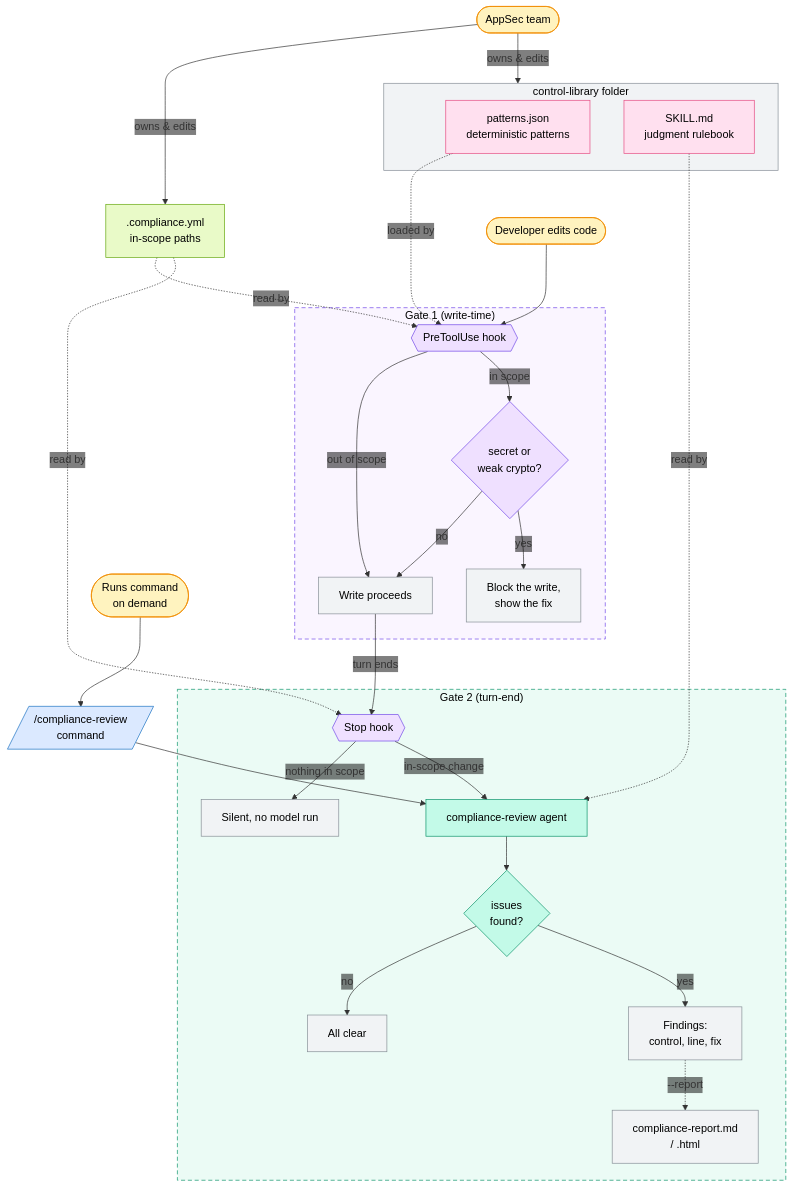
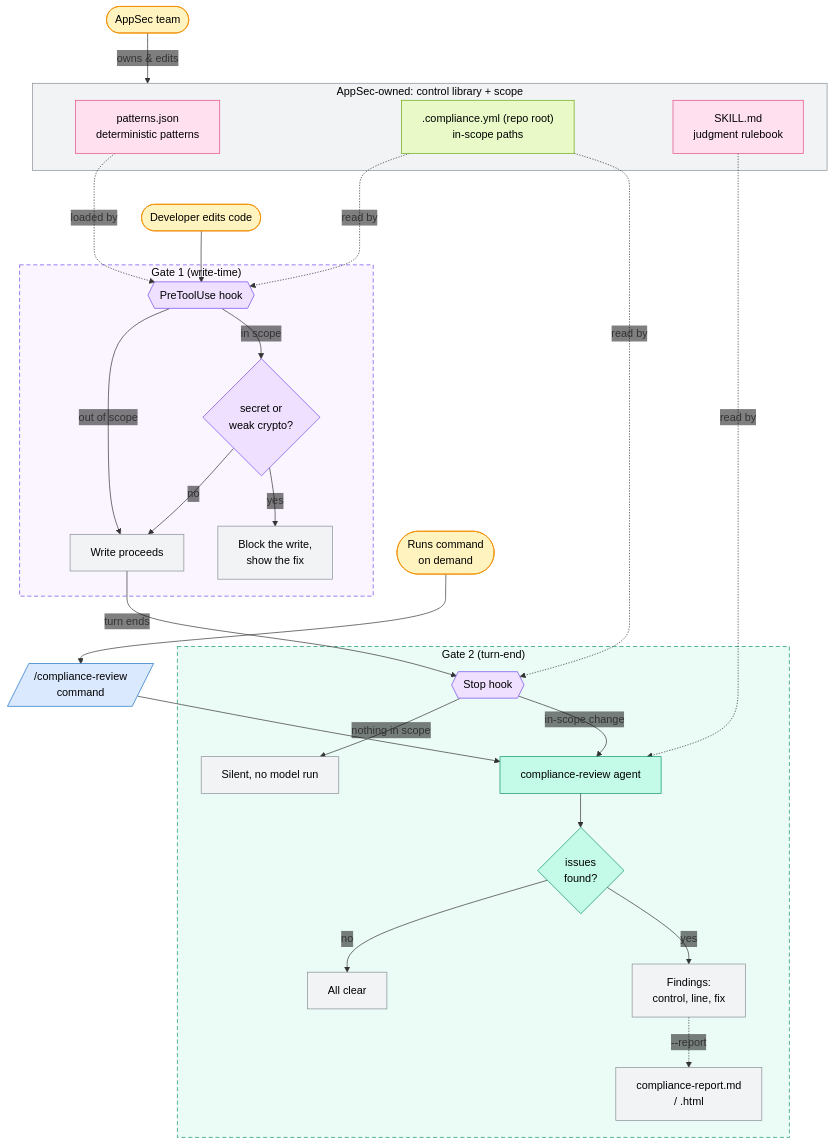
One commit to Juantomasgomez7/compliance-support changed the second of 2 diagrams in README.md. Above: the diagram before and after it, drawn with Mermaid.

Commit message:
docs: group the scope file inside the AppSec-owned box in the diagram
Placing .compliance.yml as a free-floating node with its own owns-and-
edits arrow tangled the layout. The subgraph is now an ownership
grouping ('AppSec-owned: control library + scope') holding all three
artifacts, with the scope node labeled '(repo root)' so the location
stays accurate. One arrow from AppSec, same layout as before.

````diff
--- a/README.md
+++ b/README.md
@@ -74,66 +74,66 @@
 ```mermaid
 %%{init: {'themeVariables': {'edgeLabelBackground': 'transparent'}}}%%
 flowchart TD
     classDef human fill:#fff3bf,stroke:#f08c00,color:#000000
     classDef hook fill:#efe0ff,stroke:#7048e8,color:#000000
     classDef agent fill:#c3fae8,stroke:#099268,color:#000000
     classDef skill fill:#ffe0ef,stroke:#e64980,color:#000000
     classDef command fill:#dbe9ff,stroke:#1971c2,color:#000000
     classDef state fill:#f1f3f5,stroke:#868e96,color:#000000
     classDef config fill:#e9fac8,stroke:#66a80f,color:#000000
 
     APPSEC(["AppSec team"]) -->|"owns & edits"| CL
-    APPSEC -->|"owns & edits"| SCOPE[".compliance.yml<br/>in-scope paths"]
-    subgraph CL["control-library folder"]
+    subgraph CL["AppSec-owned: control library + scope"]
         PATT["patterns.json<br/>deterministic patterns"]
+        SCOPE[".compliance.yml (repo root)<br/>in-scope paths"]
         SKILLMD["SKILL.md<br/>judgment rulebook"]
     end
     CL ~~~ DEV([Developer edits code])
 
     subgraph G1["Gate 1 (write-time)"]
         H1{{"PreToolUse hook"}}
         VIOL{"secret or<br/>weak crypto?"}
         SAVE["Write proceeds"]
         BLOCK["Block the write,<br/>show the fix"]
     end
 
     subgraph G2["Gate 2 (turn-end)"]
         H2{{"Stop hook"}}
         SILENT["Silent, no model run"]
         AGENT["compliance-review agent"]
         REVIEW{"issues<br/>found?"}
         CLEAN["All clear"]
         OUT["Findings:<br/>control, line, fix"]
         REPORT["compliance-report.md<br/>/ .html"]
     end
 
     DEV --> H1
     PATT -.->|"loaded by"| H1
     SCOPE -.->|"read by"| H1
     SCOPE -.->|"read by"| H2
     H1 -->|"out of scope"| SAVE
     H1 -->|"in scope"| VIOL
     VIOL -->|"no"| SAVE
     VIOL -->|"yes"| BLOCK
     SAVE -->|"turn ends"| H2
     H2 -->|"nothing in scope"| SILENT
     H2 -->|"in-scope change"| AGENT
     RUN(["Runs command<br/>on demand"]) --> CMD[/"/compliance-review<br/>command"/]
     CMD --> AGENT
     SKILLMD -.->|"read by"| AGENT
     AGENT --> REVIEW
     REVIEW -->|"no"| CLEAN
     REVIEW -->|"yes"| OUT
     OUT -.->|"--report"| REPORT
 
     class DEV,APPSEC,RUN human
     class H1,H2,VIOL hook
     class AGENT,REVIEW agent
     class PATT,SKILLMD skill
     class SCOPE config
     class CMD command
     class BLOCK,SAVE,SILENT,OUT,CLEAN,REPORT state
     style CL fill:#f1f3f5,stroke:#868e96,color:#000000
     style G1 fill:#faf5ff,stroke:#7048e8,stroke-dasharray:6 4,color:#000000
     style G2 fill:#ebfbf5,stroke:#099268,stroke-dasharray:6 4,color:#000000
 ```
````
